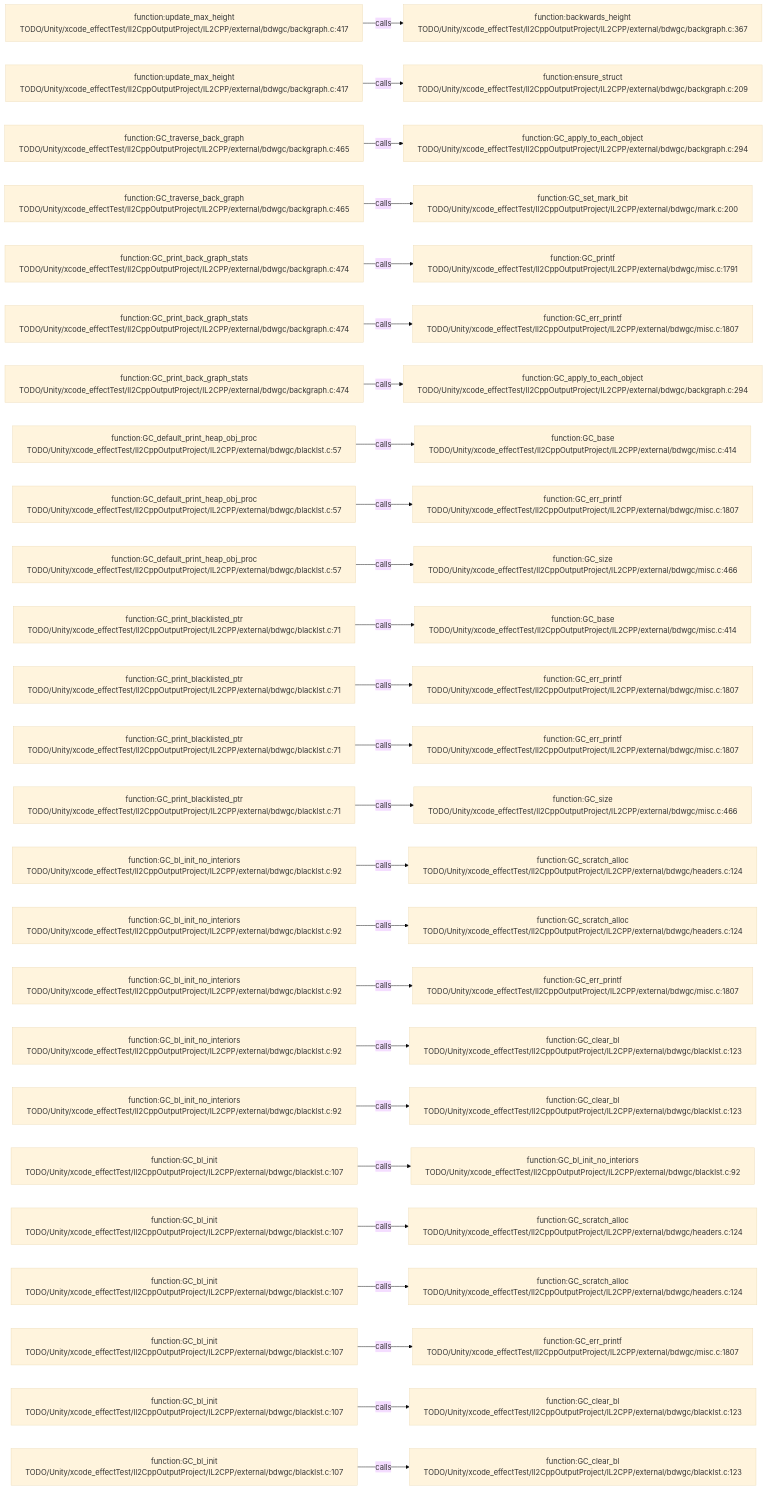
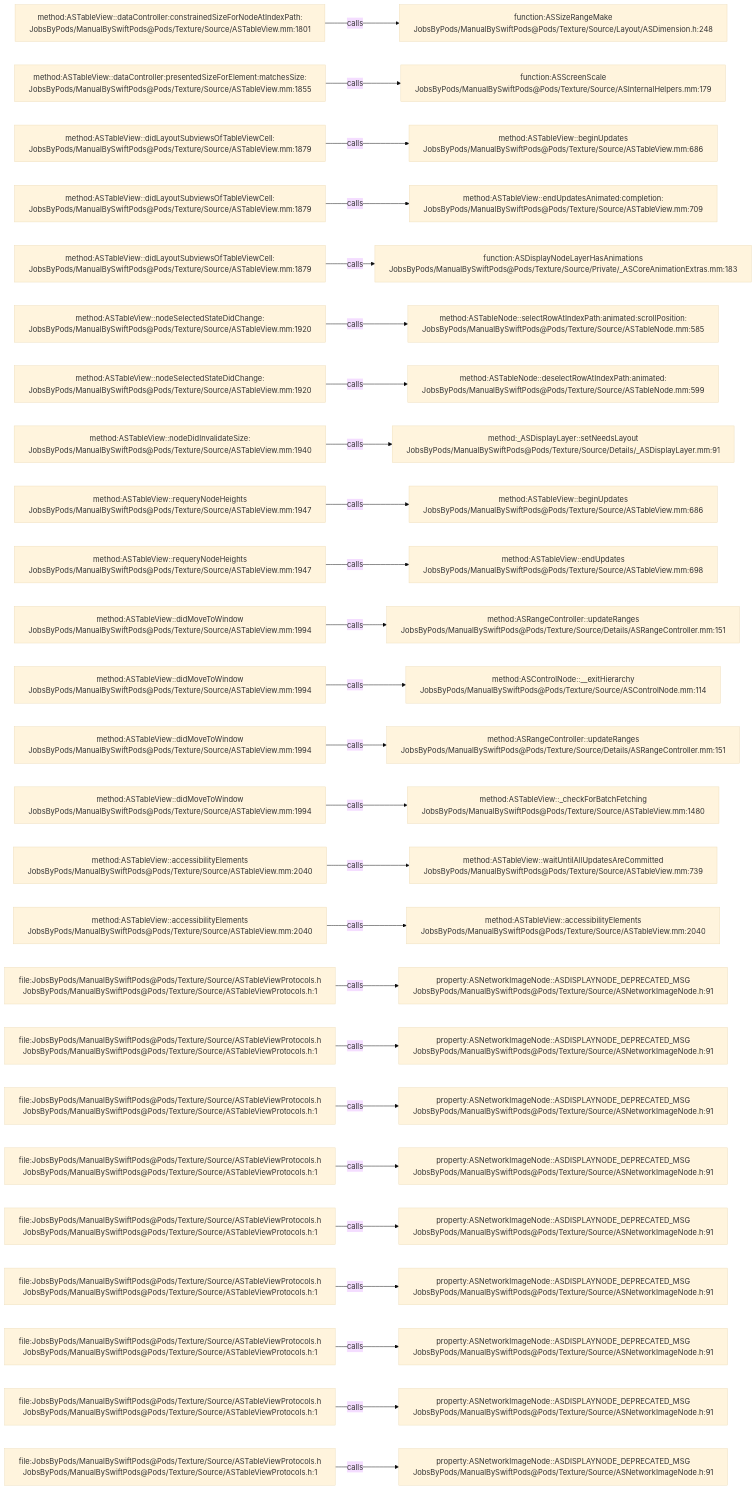
Before and after one commit to JobsKits/JobsSwiftBaseConfigDemo: the diagram in .codegraph/codegraph.md/graphs/calls-082.md, drawn with Mermaid (base theme). The commit also changed 2959 other files, not shown here.

````diff
--- a/.codegraph/codegraph.md/graphs/calls-082.md
+++ b/.codegraph/codegraph.md/graphs/calls-082.md
@@ -13,78 +13,78 @@
 ```mermaid
 flowchart LR
-  S1["function:update_max_height<br/>TODO/Unity/xcode_effectTest/Il2CppOutputProject/IL2CPP/external/bdwgc/backgraph.c:417"]
-  T1["function:backwards_height<br/>TODO/Unity/xcode_effectTest/Il2CppOutputProject/IL2CPP/external/bdwgc/backgraph.c:367"]
+  S1["method:ASTableView::dataController:constrainedSizeForNodeAtIndexPath:<br/>JobsByPods/ManualBySwiftPods@Pods/Texture/Source/ASTableView.mm:1801"]
+  T1["function:ASSizeRangeMake<br/>JobsByPods/ManualBySwiftPods@Pods/Texture/Source/Layout/ASDimension.h:248"]
   S1 -->|calls| T1
-  S2["function:update_max_height<br/>TODO/Unity/xcode_effectTest/Il2CppOutputProject/IL2CPP/external/bdwgc/backgraph.c:417"]
-  T2["function:ensure_struct<br/>TODO/Unity/xcode_effectTest/Il2CppOutputProject/IL2CPP/external/bdwgc/backgraph.c:209"]
+  S2["method:ASTableView::dataController:presentedSizeForElement:matchesSize:<br/>JobsByPods/ManualBySwiftPods@Pods/Texture/Source/ASTableView.mm:1855"]
+  T2["function:ASScreenScale<br/>JobsByPods/ManualBySwiftPods@Pods/Texture/Source/ASInternalHelpers.mm:179"]
   S2 -->|calls| T2
-  S3["function:GC_traverse_back_graph<br/>TODO/Unity/xcode_effectTest/Il2CppOutputProject/IL2CPP/external/bdwgc/backgraph.c:465"]
-  T3["function:GC_apply_to_each_object<br/>TODO/Unity/xcode_effectTest/Il2CppOutputProject/IL2CPP/external/bdwgc/backgraph.c:294"]
+  S3["method:ASTableView::didLayoutSubviewsOfTableViewCell:<br/>JobsByPods/ManualBySwiftPods@Pods/Texture/Source/ASTableView.mm:1879"]
+  T3["method:ASTableView::beginUpdates<br/>JobsByPods/ManualBySwiftPods@Pods/Texture/Source/ASTableView.mm:686"]
   S3 -->|calls| T3
-  S4["function:GC_traverse_back_graph<br/>TODO/Unity/xcode_effectTest/Il2CppOutputProject/IL2CPP/external/bdwgc/backgraph.c:465"]
-  T4["function:GC_set_mark_bit<br/>TODO/Unity/xcode_effectTest/Il2CppOutputProject/IL2CPP/external/bdwgc/mark.c:200"]
+  S4["method:ASTableView::didLayoutSubviewsOfTableViewCell:<br/>JobsByPods/ManualBySwiftPods@Pods/Texture/Source/ASTableView.mm:1879"]
+  T4["method:ASTableView::endUpdatesAnimated:completion:<br/>JobsByPods/ManualBySwiftPods@Pods/Texture/Source/ASTableView.mm:709"]
   S4 -->|calls| T4
-  S5["function:GC_print_back_graph_stats<br/>TODO/Unity/xcode_effectTest/Il2CppOutputProject/IL2CPP/external/bdwgc/backgraph.c:474"]
-  T5["function:GC_printf<br/>TODO/Unity/xcode_effectTest/Il2CppOutputProject/IL2CPP/external/bdwgc/misc.c:1791"]
+  S5["method:ASTableView::didLayoutSubviewsOfTableViewCell:<br/>JobsByPods/ManualBySwiftPods@Pods/Texture/Source/ASTableView.mm:1879"]
+  T5["function:ASDisplayNodeLayerHasAnimations<br/>JobsByPods/ManualBySwiftPods@Pods/Texture/Source/Private/_ASCoreAnimationExtras.mm:183"]
   S5 -->|calls| T5
-  S6["function:GC_print_back_graph_stats<br/>TODO/Unity/xcode_effectTest/Il2CppOutputProject/IL2CPP/external/bdwgc/backgraph.c:474"]
-  T6["function:GC_err_printf<br/>TODO/Unity/xcode_effectTest/Il2CppOutputProject/IL2CPP/external/bdwgc/misc.c:1807"]
+  S6["method:ASTableView::nodeSelectedStateDidChange:<br/>JobsByPods/ManualBySwiftPods@Pods/Texture/Source/ASTableView.mm:1920"]
+  T6["method:ASTableNode::selectRowAtIndexPath:animated:scrollPosition:<br/>JobsByPods/ManualBySwiftPods@Pods/Texture/Source/ASTableNode.mm:585"]
   S6 -->|calls| T6
-  S7["function:GC_print_back_graph_stats<br/>TODO/Unity/xcode_effectTest/Il2CppOutputProject/IL2CPP/external/bdwgc/backgraph.c:474"]
-  T7["function:GC_apply_to_each_object<br/>TODO/Unity/xcode_effectTest/Il2CppOutputProject/IL2CPP/external/bdwgc/backgraph.c:294"]
+  S7["method:ASTableView::nodeSelectedStateDidChange:<br/>JobsByPods/ManualBySwiftPods@Pods/Texture/Source/ASTableView.mm:1920"]
+  T7["method:ASTableNode::deselectRowAtIndexPath:animated:<br/>JobsByPods/ManualBySwiftPods@Pods/Texture/Source/ASTableNode.mm:599"]
   S7 -->|calls| T7
-  S8["function:GC_default_print_heap_obj_proc<br/>TODO/Unity/xcode_effectTest/Il2CppOutputProject/IL2CPP/external/bdwgc/blacklst.c:57"]
-  T8["function:GC_base<br/>TODO/Unity/xcode_effectTest/Il2CppOutputProject/IL2CPP/external/bdwgc/misc.c:414"]
+  S8["method:ASTableView::nodeDidInvalidateSize:<br/>JobsByPods/ManualBySwiftPods@Pods/Texture/Source/ASTableView.mm:1940"]
+  T8["method:_ASDisplayLayer::setNeedsLayout<br/>JobsByPods/ManualBySwiftPods@Pods/Texture/Source/Details/_ASDisplayLayer.mm:91"]
   S8 -->|calls| T8
-  S9["function:GC_default_print_heap_obj_proc<br/>TODO/Unity/xcode_effectTest/Il2CppOutputProject/IL2CPP/external/bdwgc/blacklst.c:57"]
-  T9["function:GC_err_printf<br/>TODO/Unity/xcode_effectTest/Il2CppOutputProject/IL2CPP/external/bdwgc/misc.c:1807"]
+  S9["method:ASTableView::requeryNodeHeights<br/>JobsByPods/ManualBySwiftPods@Pods/Texture/Source/ASTableView.mm:1947"]
+  T9["method:ASTableView::beginUpdates<br/>JobsByPods/ManualBySwiftPods@Pods/Texture/Source/ASTableView.mm:686"]
   S9 -->|calls| T9
-  S10["function:GC_default_print_heap_obj_proc<br/>TODO/Unity/xcode_effectTest/Il2CppOutputProject/IL2CPP/external/bdwgc/blacklst.c:57"]
-  T10["function:GC_size<br/>TODO/Unity/xcode_effectTest/Il2CppOutputProject/IL2CPP/external/bdwgc/misc.c:466"]
+  S10["method:ASTableView::requeryNodeHeights<br/>JobsByPods/ManualBySwiftPods@Pods/Texture/Source/ASTableView.mm:1947"]
+  T10["method:ASTableView::endUpdates<br/>JobsByPods/ManualBySwiftPods@Pods/Texture/Source/ASTableView.mm:698"]
   S10 -->|calls| T10
-  S11["function:GC_print_blacklisted_ptr<br/>TODO/Unity/xcode_effectTest/Il2CppOutputProject/IL2CPP/external/bdwgc/blacklst.c:71"]
-  T11["function:GC_base<br/>TODO/Unity/xcode_effectTest/Il2CppOutputProject/IL2CPP/external/bdwgc/misc.c:414"]
+  S11["method:ASTableView::didMoveToWindow<br/>JobsByPods/ManualBySwiftPods@Pods/Texture/Source/ASTableView.mm:1994"]
+  T11["method:ASRangeController::updateRanges<br/>JobsByPods/ManualBySwiftPods@Pods/Texture/Source/Details/ASRangeController.mm:151"]
   S11 -->|calls| T11
-  S12["function:GC_print_blacklisted_ptr<br/>TODO/Unity/xcode_effectTest/Il2CppOutputProject/IL2CPP/external/bdwgc/blacklst.c:71"]
-  T12["function:GC_err_printf<br/>TODO/Unity/xcode_effectTest/Il2CppOutputProject/IL2CPP/external/bdwgc/misc.c:1807"]
+  S12["method:ASTableView::didMoveToWindow<br/>JobsByPods/ManualBySwiftPods@Pods/Texture/Source/ASTableView.mm:1994"]
+  T12["method:ASControlNode::__exitHierarchy<br/>JobsByPods/ManualBySwiftPods@Pods/Texture/Source/ASControlNode.mm:114"]
   S12 -->|calls| T12
-  S13["function:GC_print_blacklisted_ptr<br/>TODO/Unity/xcode_effectTest/Il2CppOutputProject/IL2CPP/external/bdwgc/blacklst.c:71"]
-  T13["function:GC_err_printf<br/>TODO/Unity/xcode_effectTest/Il2CppOutputProject/IL2CPP/external/bdwgc/misc.c:1807"]
+  S13["method:ASTableView::didMoveToWindow<br/>JobsByPods/ManualBySwiftPods@Pods/Texture/Source/ASTableView.mm:1994"]
+  T13["method:ASRangeController::updateRanges<br/>JobsByPods/ManualBySwiftPods@Pods/Texture/Source/Details/ASRangeController.mm:151"]
   S13 -->|calls| T13
-  S14["function:GC_print_blacklisted_ptr<br/>TODO/Unity/xcode_effectTest/Il2CppOutputProject/IL2CPP/external/bdwgc/blacklst.c:71"]
-  T14["function:GC_size<br/>TODO/Unity/xcode_effectTest/Il2CppOutputProject/IL2CPP/external/bdwgc/misc.c:466"]
+  S14["method:ASTableView::didMoveToWindow<br/>JobsByPods/ManualBySwiftPods@Pods/Texture/Source/ASTableView.mm:1994"]
+  T14["method:ASTableView::_checkForBatchFetching<br/>JobsByPods/ManualBySwiftPods@Pods/Texture/Source/ASTableView.mm:1480"]
   S14 -->|calls| T14
-  S15["function:GC_bl_init_no_interiors<br/>TODO/Unity/xcode_effectTest/Il2CppOutputProject/IL2CPP/external/bdwgc/blacklst.c:92"]
-  T15["function:GC_scratch_alloc<br/>TODO/Unity/xcode_effectTest/Il2CppOutputProject/IL2CPP/external/bdwgc/headers.c:124"]
+  S15["method:ASTableView::accessibilityElements<br/>JobsByPods/ManualBySwiftPods@Pods/Texture/Source/ASTableView.mm:2040"]
+  T15["method:ASTableView::waitUntilAllUpdatesAreCommitted<br/>JobsByPods/ManualBySwiftPods@Pods/Texture/Source/ASTableView.mm:739"]
   S15 -->|calls| T15
-  S16["function:GC_bl_init_no_interiors<br/>TODO/Unity/xcode_effectTest/Il2CppOutputProject/IL2CPP/external/bdwgc/blacklst.c:92"]
-  T16["function:GC_scratch_alloc<br/>TODO/Unity/xcode_effectTest/Il2CppOutputProject/IL2CPP/external/bdwgc/headers.c:124"]
+  S16["method:ASTableView::accessibilityElements<br/>JobsByPods/ManualBySwiftPods@Pods/Texture/Source/ASTableView.mm:2040"]
+  T16["method:ASTableView::accessibilityElements<br/>JobsByPods/ManualBySwiftPods@Pods/Texture/Source/ASTableView.mm:2040"]
   S16 -->|calls| T16
-  S17["function:GC_bl_init_no_interiors<br/>TODO/Unity/xcode_effectTest/Il2CppOutputProject/IL2CPP/external/bdwgc/blacklst.c:92"]
-  T17["function:GC_err_printf<br/>TODO/Unity/xcode_effectTest/Il2CppOutputProject/IL2CPP/external/bdwgc/misc.c:1807"]
+  S17["file:JobsByPods/ManualBySwiftPods@Pods/Texture/Source/ASTableViewProtocols.h<br/>JobsByPods/ManualBySwiftPods@Pods/Texture/Source/ASTableViewProtocols.h:1"]
+  T17["property:ASNetworkImageNode::ASDISPLAYNODE_DEPRECATED_MSG<br/>JobsByPods/ManualBySwiftPods@Pods/Texture/Source/ASNetworkImageNode.h:91"]
   S17 -->|calls| T17
-  S18["function:GC_bl_init_no_interiors<br/>TODO/Unity/xcode_effectTest/Il2CppOutputProject/IL2CPP/external/bdwgc/blacklst.c:92"]
-  T18["function:GC_clear_bl<br/>TODO/Unity/xcode_effectTest/Il2CppOutputProject/IL2CPP/external/bdwgc/blacklst.c:123"]
+  S18["file:JobsByPods/ManualBySwiftPods@Pods/Texture/Source/ASTableViewProtocols.h<br/>JobsByPods/ManualBySwiftPods@Pods/Texture/Source/ASTableViewProtocols.h:1"]
+  T18["property:ASNetworkImageNode::ASDISPLAYNODE_DEPRECATED_MSG<br/>JobsByPods/ManualBySwiftPods@Pods/Texture/Source/ASNetworkImageNode.h:91"]
   S18 -->|calls| T18
-  S19["function:GC_bl_init_no_interiors<br/>TODO/Unity/xcode_effectTest/Il2CppOutputProject/IL2CPP/external/bdwgc/blacklst.c:92"]
-  T19["function:GC_clear_bl<br/>TODO/Unity/xcode_effectTest/Il2CppOutputProject/IL2CPP/external/bdwgc/blacklst.c:123"]
+  S19["file:JobsByPods/ManualBySwiftPods@Pods/Texture/Source/ASTableViewProtocols.h<br/>JobsByPods/ManualBySwiftPods@Pods/Texture/Source/ASTableViewProtocols.h:1"]
+  T19["property:ASNetworkImageNode::ASDISPLAYNODE_DEPRECATED_MSG<br/>JobsByPods/ManualBySwiftPods@Pods/Texture/Source/ASNetworkImageNode.h:91"]
   S19 -->|calls| T19
-  S20["function:GC_bl_init<br/>TODO/Unity/xcode_effectTest/Il2CppOutputProject/IL2CPP/external/bdwgc/blacklst.c:107"]
-  T20["function:GC_bl_init_no_interiors<br/>TODO/Unity/xcode_effectTest/Il2CppOutputProject/IL2CPP/external/bdwgc/blacklst.c:92"]
+  S20["file:JobsByPods/ManualBySwiftPods@Pods/Texture/Source/ASTableViewProtocols.h<br/>JobsByPods/ManualBySwiftPods@Pods/Texture/Source/ASTableViewProtocols.h:1"]
+  T20["property:ASNetworkImageNode::ASDISPLAYNODE_DEPRECATED_MSG<br/>JobsByPods/ManualBySwiftPods@Pods/Texture/Source/ASNetworkImageNode.h:91"]
   S20 -->|calls| T20
-  S21["function:GC_bl_init<br/>TODO/Unity/xcode_effectTest/Il2CppOutputProject/IL2CPP/external/bdwgc/blacklst.c:107"]
-  T21["function:GC_scratch_alloc<br/>TODO/Unity/xcode_effectTest/Il2CppOutputProject/IL2CPP/external/bdwgc/headers.c:124"]
+  S21["file:JobsByPods/ManualBySwiftPods@Pods/Texture/Source/ASTableViewProtocols.h<br/>JobsByPods/ManualBySwiftPods@Pods/Texture/Source/ASTableViewProtocols.h:1"]
+  T21["property:ASNetworkImageNode::ASDISPLAYNODE_DEPRECATED_MSG<br/>JobsByPods/ManualBySwiftPods@Pods/Texture/Source/ASNetworkImageNode.h:91"]
   S21 -->|calls| T21
-  S22["function:GC_bl_init<br/>TODO/Unity/xcode_effectTest/Il2CppOutputProject/IL2CPP/external/bdwgc/blacklst.c:107"]
-  T22["function:GC_scratch_alloc<br/>TODO/Unity/xcode_effectTest/Il2CppOutputProject/IL2CPP/external/bdwgc/headers.c:124"]
+  S22["file:JobsByPods/ManualBySwiftPods@Pods/Texture/Source/ASTableViewProtocols.h<br/>JobsByPods/ManualBySwiftPods@Pods/Texture/Source/ASTableViewProtocols.h:1"]
+  T22["property:ASNetworkImageNode::ASDISPLAYNODE_DEPRECATED_MSG<br/>JobsByPods/ManualBySwiftPods@Pods/Texture/Source/ASNetworkImageNode.h:91"]
   S22 -->|calls| T22
-  S23["function:GC_bl_init<br/>TODO/Unity/xcode_effectTest/Il2CppOutputProject/IL2CPP/external/bdwgc/blacklst.c:107"]
-  T23["function:GC_err_printf<br/>TODO/Unity/xcode_effectTest/Il2CppOutputProject/IL2CPP/external/bdwgc/misc.c:1807"]
+  S23["file:JobsByPods/ManualBySwiftPods@Pods/Texture/Source/ASTableViewProtocols.h<br/>JobsByPods/ManualBySwiftPods@Pods/Texture/Source/ASTableViewProtocols.h:1"]
+  T23["property:ASNetworkImageNode::ASDISPLAYNODE_DEPRECATED_MSG<br/>JobsByPods/ManualBySwiftPods@Pods/Texture/Source/ASNetworkImageNode.h:91"]
   S23 -->|calls| T23
-  S24["function:GC_bl_init<br/>TODO/Unity/xcode_effectTest/Il2CppOutputProject/IL2CPP/external/bdwgc/blacklst.c:107"]
-  T24["function:GC_clear_bl<br/>TODO/Unity/xcode_effectTest/Il2CppOutputProject/IL2CPP/external/bdwgc/blacklst.c:123"]
+  S24["file:JobsByPods/ManualBySwiftPods@Pods/Texture/Source/ASTableViewProtocols.h<br/>JobsByPods/ManualBySwiftPods@Pods/Texture/Source/ASTableViewProtocols.h:1"]
+  T24["property:ASNetworkImageNode::ASDISPLAYNODE_DEPRECATED_MSG<br/>JobsByPods/ManualBySwiftPods@Pods/Texture/Source/ASNetworkImageNode.h:91"]
   S24 -->|calls| T24
-  S25["function:GC_bl_init<br/>TODO/Unity/xcode_effectTest/Il2CppOutputProject/IL2CPP/external/bdwgc/blacklst.c:107"]
-  T25["function:GC_clear_bl<br/>TODO/Unity/xcode_effectTest/Il2CppOutputProject/IL2CPP/external/bdwgc/blacklst.c:123"]
+  S25["file:JobsByPods/ManualBySwiftPods@Pods/Texture/Source/ASTableViewProtocols.h<br/>JobsByPods/ManualBySwiftPods@Pods/Texture/Source/ASTableViewProtocols.h:1"]
+  T25["property:ASNetworkImageNode::ASDISPLAYNODE_DEPRECATED_MSG<br/>JobsByPods/ManualBySwiftPods@Pods/Texture/Source/ASNetworkImageNode.h:91"]
   S25 -->|calls| T25
 ```
````
